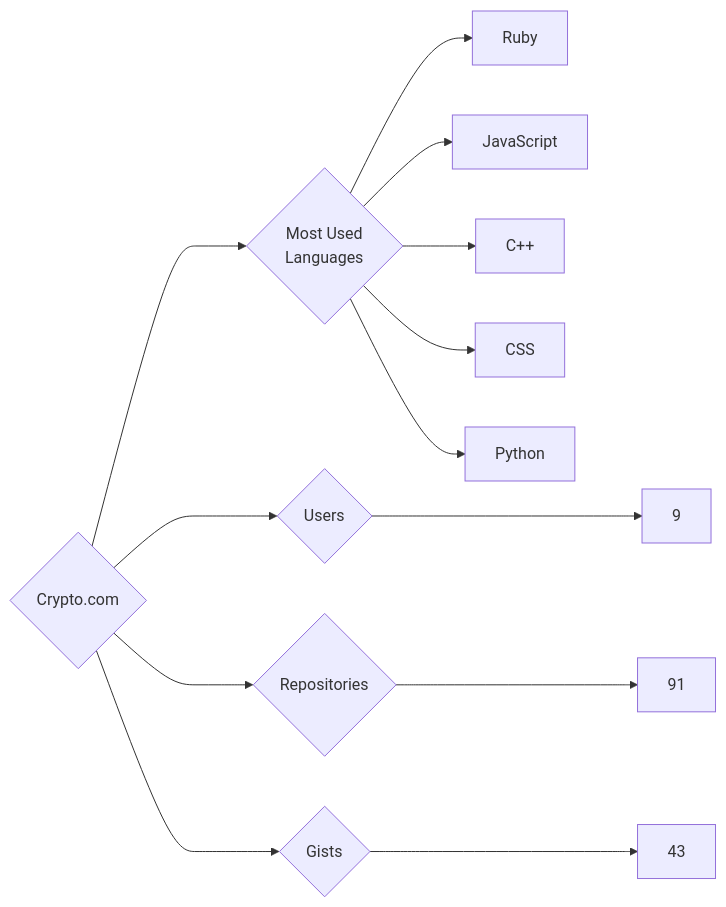
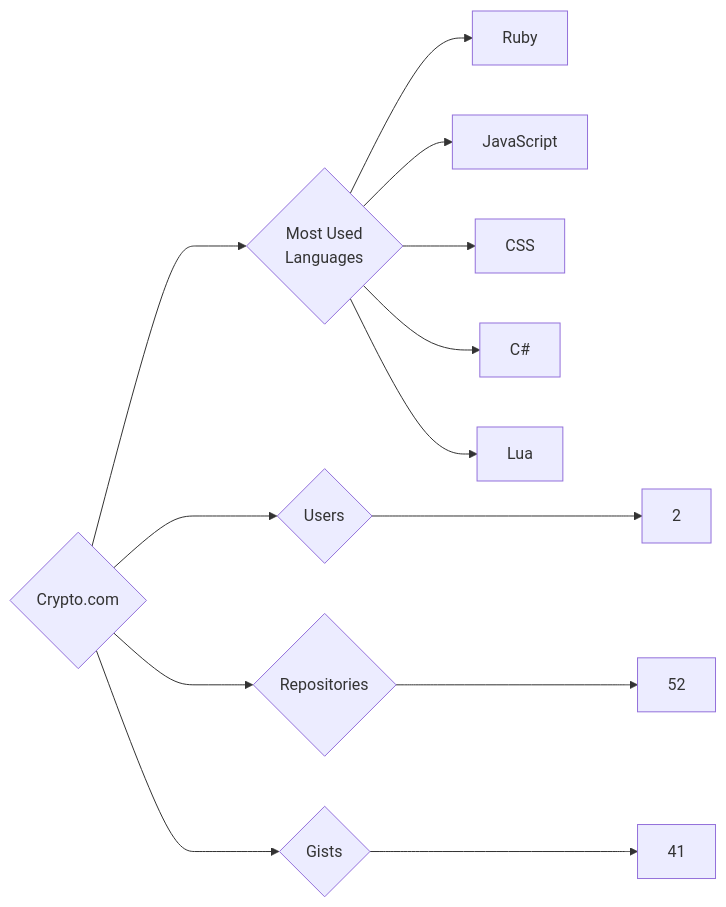
Before and after one commit to trickest/insiders: the diagram in targets/Crypto.com/README.md, drawn with Mermaid. The commit also changed 870 other files, not shown here.

````diff
--- a/targets/Crypto.com/README.md
+++ b/targets/Crypto.com/README.md
@@ -3,13 +3,13 @@
 ```mermaid
 graph LR
 COMPANY_NAME{Crypto.com}
-COMPANY_NAME ---> U{Users} ---> UN[9]
-COMPANY_NAME ---> R{Repositories} ---> RN[91]
-COMPANY_NAME ---> G{Gists} ---> GN[43]
+COMPANY_NAME ---> U{Users} ---> UN[2]
+COMPANY_NAME ---> R{Repositories} ---> RN[52]
+COMPANY_NAME ---> G{Gists} ---> GN[41]
 COMPANY_NAME ---> ML{Most Used<br>Languages}
 ML --> Ruby[Ruby]
 ML --> JavaScript[JavaScript]
-ML --> C++[C++]
 ML --> CSS[CSS]
-ML --> Python[Python]
+ML --> C#[C#]
+ML --> Lua[Lua]
 ```
````
